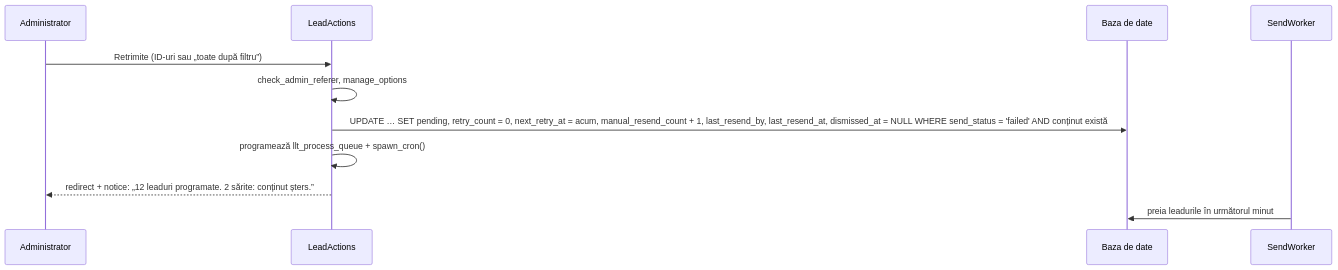
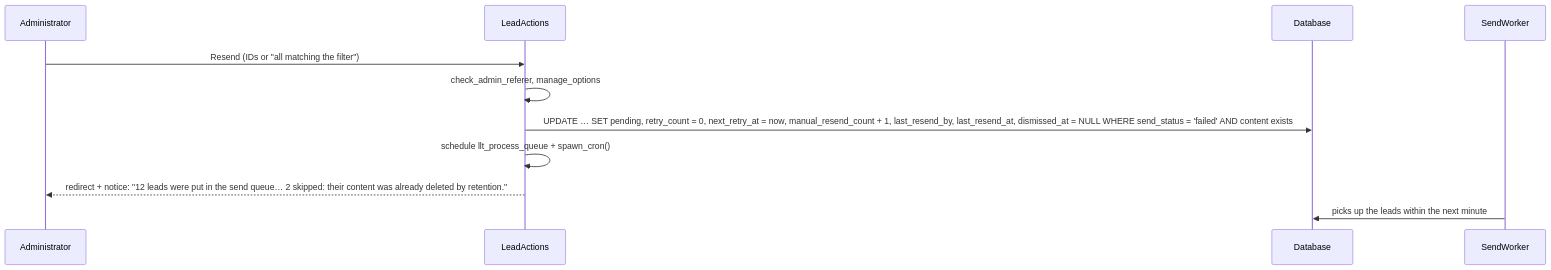
The sixth of 6 diagrams in docs/ARCHITECTURE.md (gzalinski/email-leads-tracker), drawn with Mermaid before and after one commit. The commit also changed other lines of this file and 79 other files, not shown here.

````diff
--- a/docs/ARCHITECTURE.md
+++ b/docs/ARCHITECTURE.md
@@ -939,14 +940,14 @@
 ```mermaid
 sequenceDiagram
     participant A as Administrator
     participant LA as LeadActions
-    participant DB as Baza de date
+    participant DB as Database
     participant SW as SendWorker
 
-    A->>LA: Retrimite (ID-uri sau „toate după filtru”)
+    A->>LA: Resend (IDs or "all matching the filter")
     LA->>LA: check_admin_referer, manage_options
-    LA->>DB: UPDATE … SET pending, retry_count = 0, next_retry_at = acum, manual_resend_count + 1, last_resend_by, last_resend_at, dismissed_at = NULL WHERE send_status = 'failed' AND conținut există
-    LA->>LA: programează llt_process_queue + spawn_cron()
-    LA-->>A: redirect + notice: „12 leaduri programate. 2 sărite: conținut șters.”
-    SW->>DB: preia leadurile în următorul minut
+    LA->>DB: UPDATE … SET pending, retry_count = 0, next_retry_at = now, manual_resend_count + 1, last_resend_by, last_resend_at, dismissed_at = NULL WHERE send_status = 'failed' AND content exists
+    LA->>LA: schedule llt_process_queue + spawn_cron()
+    LA-->>A: redirect + notice: "12 leads were put in the send queue… 2 skipped: their content was already deleted by retention."
+    SW->>DB: picks up the leads within the next minute
 ```
````
